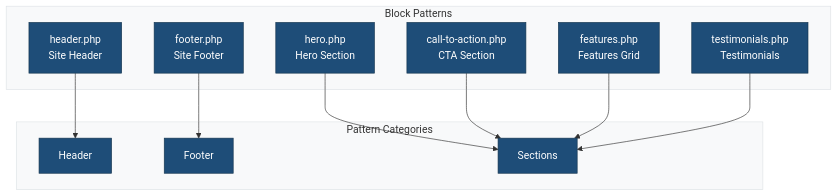
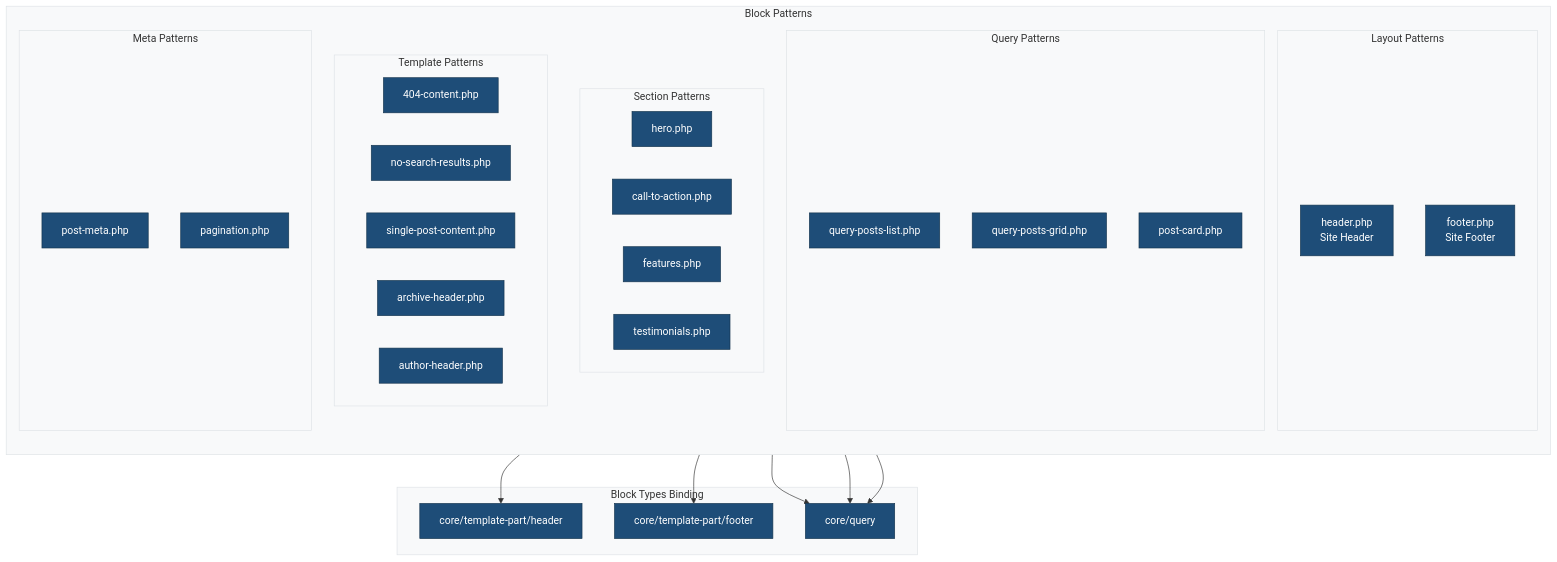
Before and after one commit to lightspeedwp/block-theme-scaffold-template: the first of 2 diagrams in patterns/README.md, drawn with Mermaid. The commit also changed other lines of this file and 38 other files, not shown here.

````diff
--- a/patterns/README.md
+++ b/patterns/README.md
@@ -7,25 +7,45 @@
 ```mermaid
 %%{init: {'theme': 'base', 'themeVariables': { 'primaryColor': '#1e4d78', 'primaryTextColor': '#ffffff', 'primaryBorderColor': '#15354f', 'lineColor': '#333333', 'secondaryColor': '#f0f0f0', 'tertiaryColor': '#e8e8e8', 'background': '#ffffff', 'mainBkg': '#1e4d78', 'textColor': '#333333', 'nodeBorder': '#15354f', 'clusterBkg': '#f8f9fa', 'clusterBorder': '#dee2e6', 'titleColor': '#333333'}}}%%
 flowchart TB
     subgraph Patterns["Block Patterns"]
-        Header["header.php<br/>Site Header"]
-        Footer["footer.php<br/>Site Footer"]
-        Hero["hero.php<br/>Hero Section"]
-        CTA["call-to-action.php<br/>CTA Section"]
-        Features["features.php<br/>Features Grid"]
-        Testimonials["testimonials.php<br/>Testimonials"]
+        direction TB
+        subgraph Layout["Layout Patterns"]
+            Header["header.php<br/>Site Header"]
+            Footer["footer.php<br/>Site Footer"]
+        end
+        subgraph Sections["Section Patterns"]
+            Hero["hero.php"]
+            CTA["call-to-action.php"]
+            Features["features.php"]
+            Testimonials["testimonials.php"]
+        end
+        subgraph Query["Query Patterns"]
+            QueryList["query-posts-list.php"]
+            QueryGrid["query-posts-grid.php"]
+            PostCard["post-card.php"]
+        end
+        subgraph Template["Template Patterns"]
+            Content404["404-content.php"]
+            NoResults["no-search-results.php"]
+            SinglePost["single-post-content.php"]
+            ArchiveHdr["archive-header.php"]
+            AuthorHdr["author-header.php"]
+        end
+        subgraph Meta["Meta Patterns"]
+            PostMeta["post-meta.php"]
+            Pagination["pagination.php"]
+        end
     end
 
-    subgraph Categories["Pattern Categories"]
-        HeaderCat["Header"]
-        FooterCat["Footer"]
-        SectionsCat["Sections"]
+    subgraph BlockTypes["Block Types Binding"]
+        TPHeader["core/template-part/header"]
+        TPFooter["core/template-part/footer"]
+        CoreQuery["core/query"]
     end
 
-    Header --> HeaderCat
-    Footer --> FooterCat
-    Hero --> SectionsCat
-    CTA --> SectionsCat
-    Features --> SectionsCat
-    Testimonials --> SectionsCat
+    Header --> TPHeader
+    Footer --> TPFooter
+    QueryList --> CoreQuery
+    QueryGrid --> CoreQuery
+    Pagination --> CoreQuery
 ```
````
